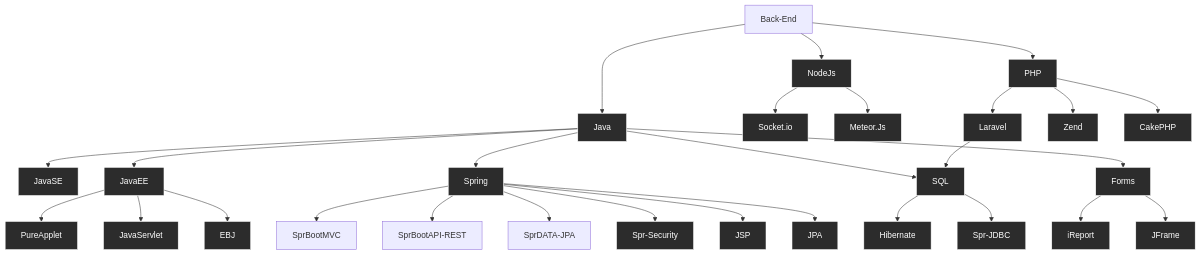
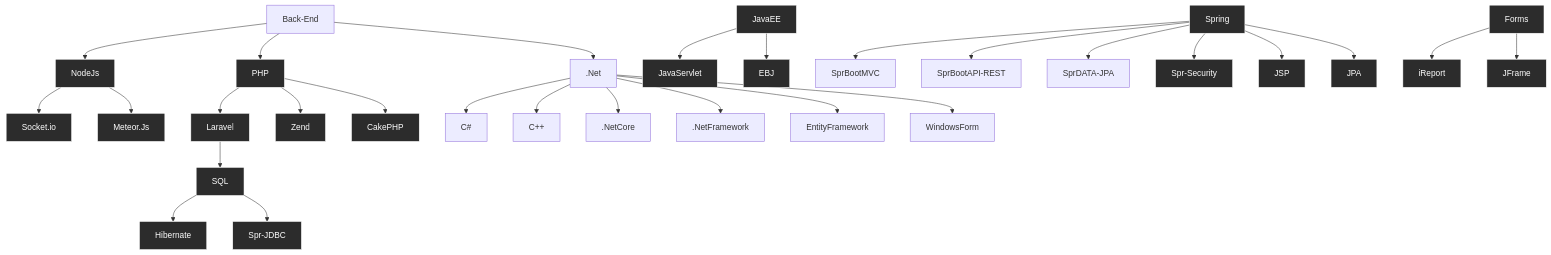
Before and after one commit to LinderCa/LinderCa: the second of 2 diagrams in README.md, drawn with Mermaid.

````diff
--- a/README.md
+++ b/README.md
@@ -64,33 +64,33 @@
 ```mermaid
 graph TD;
-    Back-End-->Java;
+    Back-End-->.Net;
     Back-End-->NodeJs;
     NodeJs-->Socket.io;
     NodeJs-->Meteor.Js;
     Back-End-->PHP;
     PHP-->Laravel;
     PHP-->Zend;
     PHP-->CakePHP;
-    Java-->JavaSE;
-    Java-->JavaEE;
-    JavaEE-->PureApplet;
+    .Net-->C#;
+    .Net-->C++;
+    .Net-->.NetCore;
     JavaEE-->JavaServlet;
     JavaEE-->EBJ;
-    Java-->Spring;
-    Java-->SQL;
+    .Net-->.NetFramework;
+    .Net-->EntityFramework;
     Laravel-->SQL;
     Spring-->SprBootMVC;
     Spring-->SprBootAPI-REST;
     Spring-->SprDATA-JPA;
     SQL-->Hibernate;
     SQL-->Spr-JDBC;
     Spring-->Spr-Security;
     Spring-->JSP;
     Spring-->JPA;
-    Java-->Forms;
+    .Net-->WindowsForm;
     Forms-->iReport;
     Forms-->JFrame;
     classDef backEnd fill:#2c2c2c,stroke:#ffffff,color:#ffffff;
     class Java,NodeJs,Socket.io,Meteor.Js,PHP,Laravel,Zend,CakePHP,JavaSE,JavaEE,PureApplet,JavaServlet,EBJ,Spring,SQL,Hibernate,Spr-JDBC,Spr-Security,JSP,JPA,Forms,iReport,JFrame backEnd;
 
 ```
````
